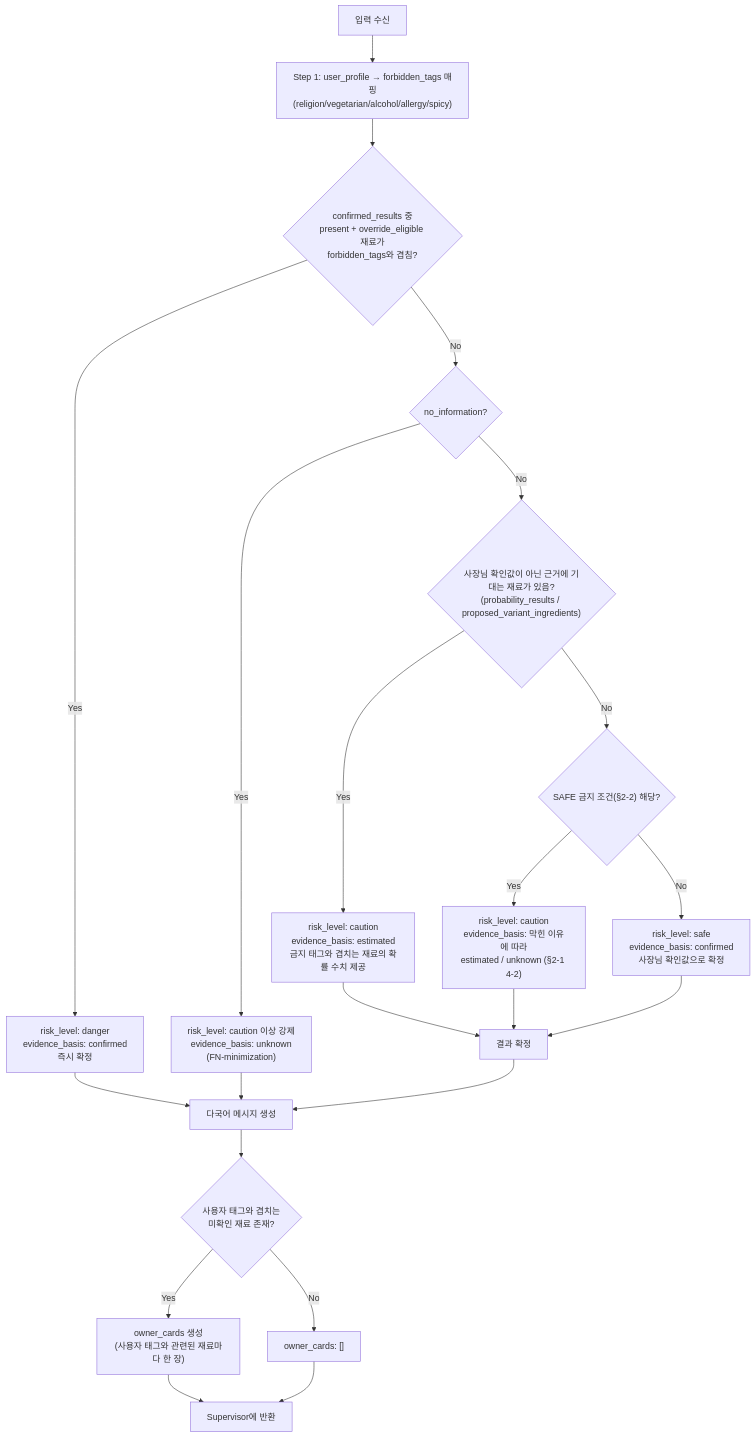
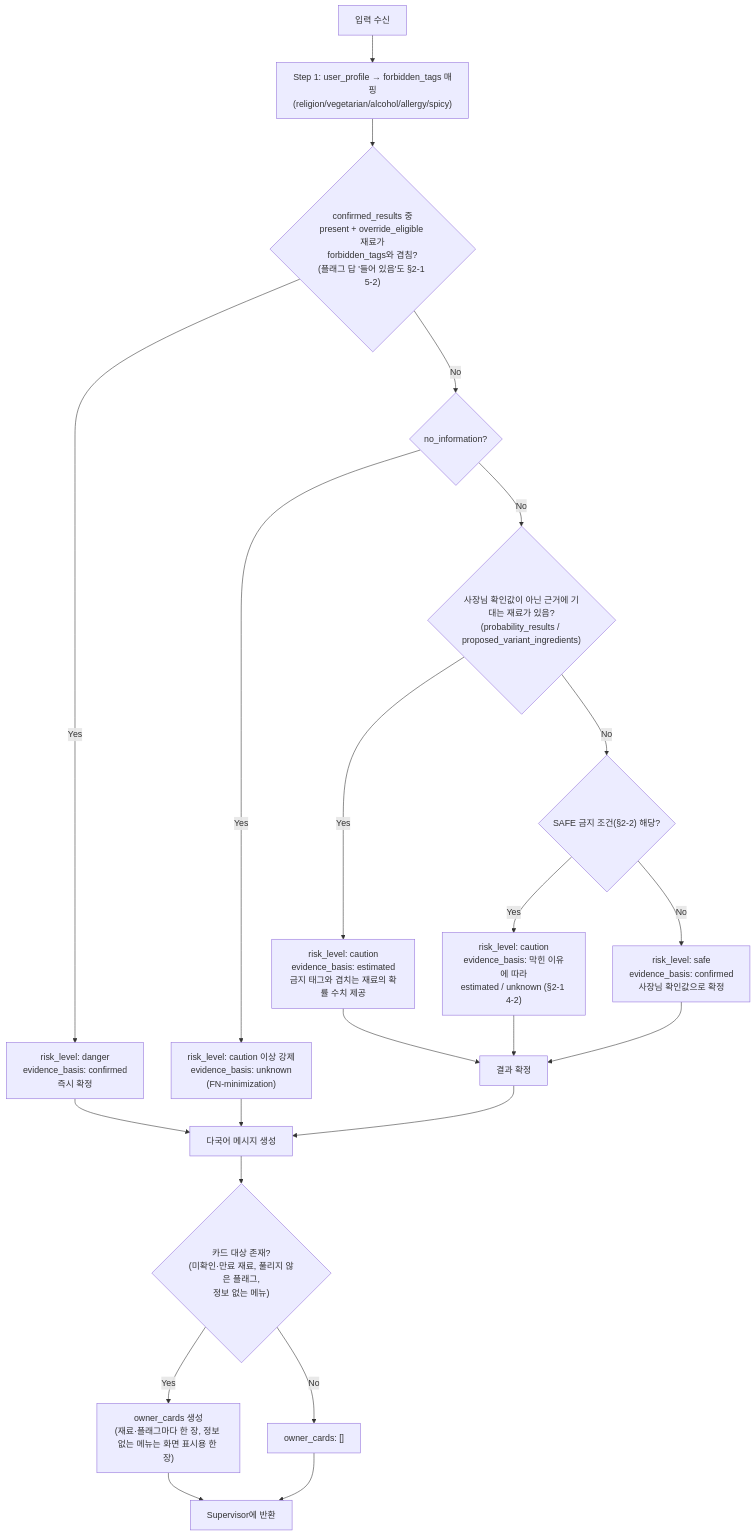
Before and after one commit to Han-Spoon/ai: the diagram in docs/8-agent-xai.md, drawn with Mermaid. The commit also changed other lines of this file and 4 other files, not shown here.

````diff
--- a/docs/8-agent-xai.md
+++ b/docs/8-agent-xai.md
@@ -186,24 +186,24 @@
 ```mermaid
 flowchart TD
     IN["입력 수신"] --> P1["Step 1: user_profile → forbidden_tags 매핑\n(religion/vegetarian/alcohol/allergy/spicy)"]
-    P1 --> P2{"confirmed_results 중\npresent + override_eligible 재료가\nforbidden_tags와 겹침?"}
+    P1 --> P2{"confirmed_results 중\npresent + override_eligible 재료가\nforbidden_tags와 겹침?\n(플래그 답 '들어 있음'도 §2-1 5-2)"}
     P2 -->|Yes| DANGER["risk_level: danger\nevidence_basis: confirmed\n즉시 확정"]
     P2 -->|No| P3{no_information?}
     P3 -->|Yes| CAUTION1["risk_level: caution 이상 강제\nevidence_basis: unknown\n(FN-minimization)"]
     P3 -->|No| P4{"사장님 확인값이 아닌 근거에 기대는 재료가 있음?\n(probability_results / proposed_variant_ingredients)"}
     P4 -->|Yes| CAUTION2["risk_level: caution\nevidence_basis: estimated\n금지 태그와 겹치는 재료의 확률 수치 제공"]
     P4 -->|No| P5{"SAFE 금지 조건(§2-2) 해당?"}
     P5 -->|Yes| CAUTION3["risk_level: caution\nevidence_basis: 막힌 이유에 따라\nestimated / unknown (§2-1 4-2)"]
     P5 -->|No| SAFE["risk_level: safe\nevidence_basis: confirmed\n사장님 확인값으로 확정"]
     CAUTION2 --> P7[결과 확정]
     CAUTION3 --> P7
     SAFE --> P7
     P7 --> MSG["다국어 메시지 생성"]
     DANGER --> MSG
     CAUTION1 --> MSG
-    MSG --> OC{사용자 태그와 겹치는\n미확인 재료 존재?}
-    OC -->|Yes| CARD["owner_cards 생성\n(사용자 태그와 관련된 재료마다 한 장)"]
+    MSG --> OC{"카드 대상 존재?\n(미확인·만료 재료, 풀리지 않은 플래그,\n정보 없는 메뉴)"}
+    OC -->|Yes| CARD["owner_cards 생성\n(재료·플래그마다 한 장, 정보 없는 메뉴는 화면 표시용 한 장)"]
     OC -->|No| DONE["owner_cards: []"]
     CARD --> OUT[Supervisor에 반환]
     DONE --> OUT
 ```
````
